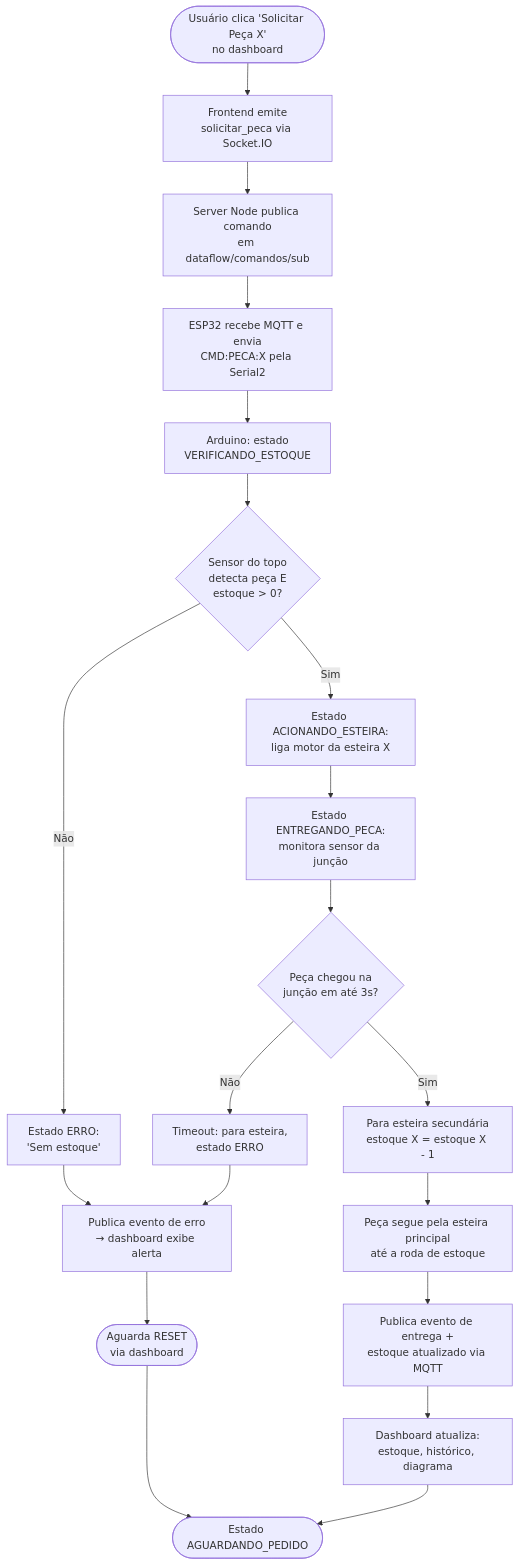
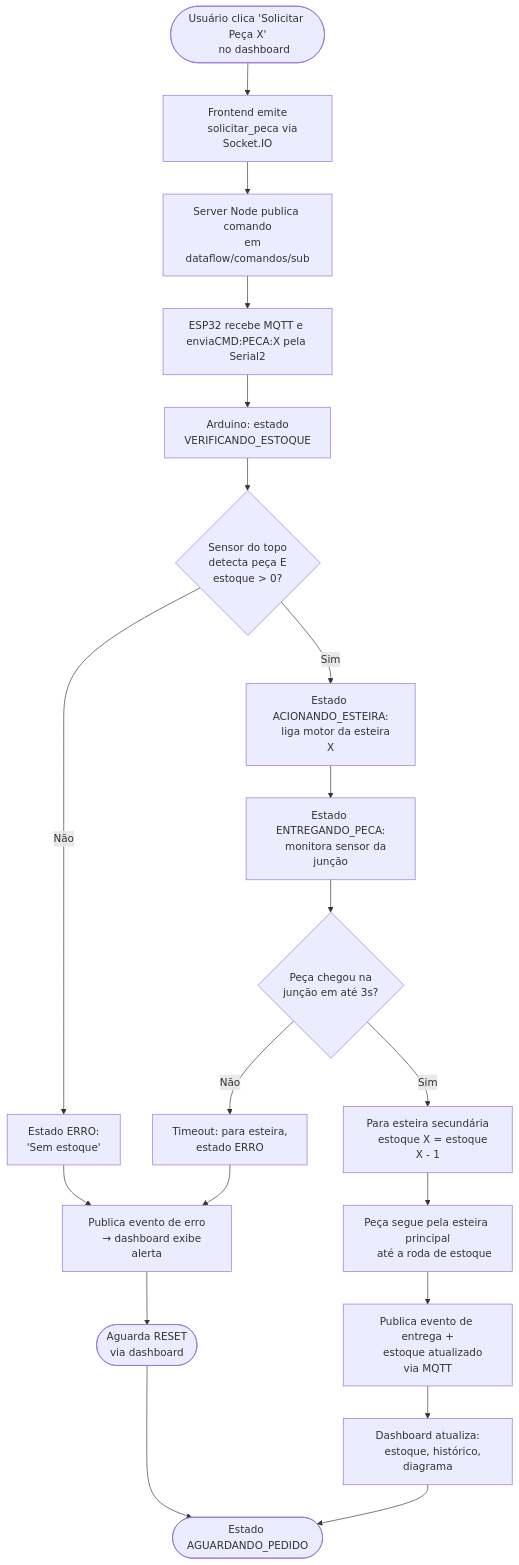
One commit to MatheusNespolo/DataFlowInventory changed the second of 3 diagrams in docs/fluxograma_funcionamento.md. Above: the diagram before and after it, drawn with Mermaid. The commit also changed other lines of this file, not shown here.

First line of the commit message:
teste Mermaid

````diff
--- a/docs/fluxograma_funcionamento.md
+++ b/docs/fluxograma_funcionamento.md
@@ -47,26 +55,43 @@
 ```mermaid
 flowchart TD
-    A([Usuário clica 'Solicitar Peça X'<br/>no dashboard]) --> B[Frontend emite<br/>solicitar_peca via Socket.IO]
-    B --> C[Server Node publica comando<br/>em dataflow/comandos/sub]
-    C --> D[ESP32 recebe MQTT e envia<br/>CMD:PECA:X pela Serial2]
-    D --> E[Arduino: estado<br/>VERIFICANDO_ESTOQUE]
+    A([Usuário clica 'Solicitar Peça X'
+    no dashboard]) --> B[Frontend emite
+    solicitar_peca via Socket.IO]
+    B --> C[Server Node publica comando
+    em dataflow/comandos/sub]
+    C --> D[ESP32 recebe MQTT e enviaCMD:PECA:X pela Serial2]
+    D --> E[Arduino: estado
+    VERIFICANDO_ESTOQUE]
 
-    E --> F{Sensor do topo<br/>detecta peça E<br/>estoque > 0?}
-    F -- Não --> G[Estado ERRO:<br/>'Sem estoque']
-    G --> H[Publica evento de erro<br/>→ dashboard exibe alerta]
-    H --> I([Aguarda RESET<br/>via dashboard])
+    E --> F{Sensor do topo
+    detecta peça E
+    estoque > 0?}
+    F -- Não --> G[Estado ERRO:
+    'Sem estoque']
+    G --> H[Publica evento de erro
+    → dashboard exibe alerta]
+    H --> I([Aguarda RESET
+    via dashboard])
     I --> Z
 
-    F -- Sim --> J[Estado ACIONANDO_ESTEIRA:<br/>liga motor da esteira X]
-    J --> K[Estado ENTREGANDO_PECA:<br/>monitora sensor da junção]
+    F -- Sim --> J[Estado ACIONANDO_ESTEIRA:
+    liga motor da esteira X]
+    J --> K[Estado ENTREGANDO_PECA:
+    monitora sensor da junção]
 
-    K --> L{Peça chegou na<br/>junção em até 3s?}
-    L -- Não --> M[Timeout: para esteira,<br/>estado ERRO]
+    K --> L{Peça chegou na
+    junção em até 3s?}
+    L -- Não --> M[Timeout: para esteira,
+    estado ERRO]
     M --> H
 
-    L -- Sim --> N[Para esteira secundária<br/>estoque X = estoque X - 1]
-    N --> O[Peça segue pela esteira principal<br/>até a roda de estoque]
-    O --> P[Publica evento de entrega +<br/>estoque atualizado via MQTT]
-    P --> Q[Dashboard atualiza:<br/>estoque, histórico, diagrama]
+    L -- Sim --> N[Para esteira secundária
+    estoque X = estoque X - 1]
+    N --> O[Peça segue pela esteira principal
+    até a roda de estoque]
+    O --> P[Publica evento de entrega +
+    estoque atualizado via MQTT]
+    P --> Q[Dashboard atualiza:
+    estoque, histórico, diagrama]
     Q --> Z([Estado AGUARDANDO_PEDIDO])
 ```
````
